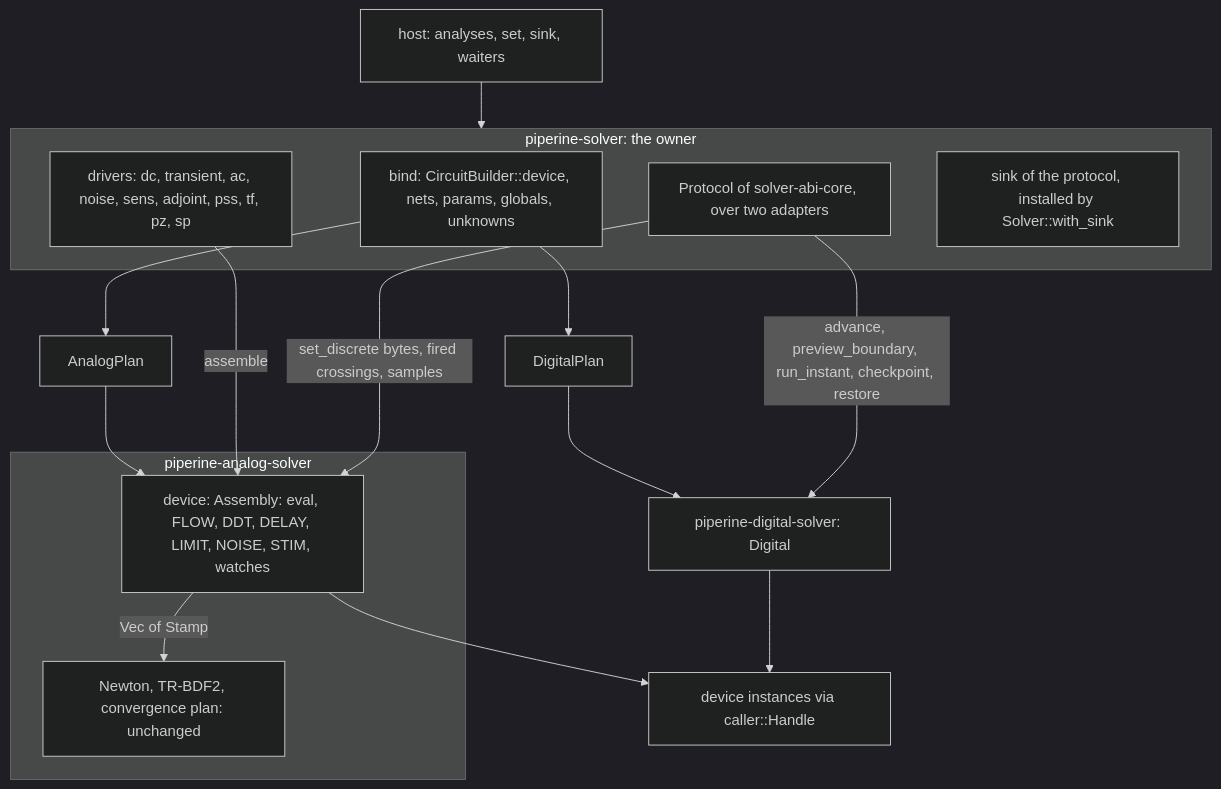
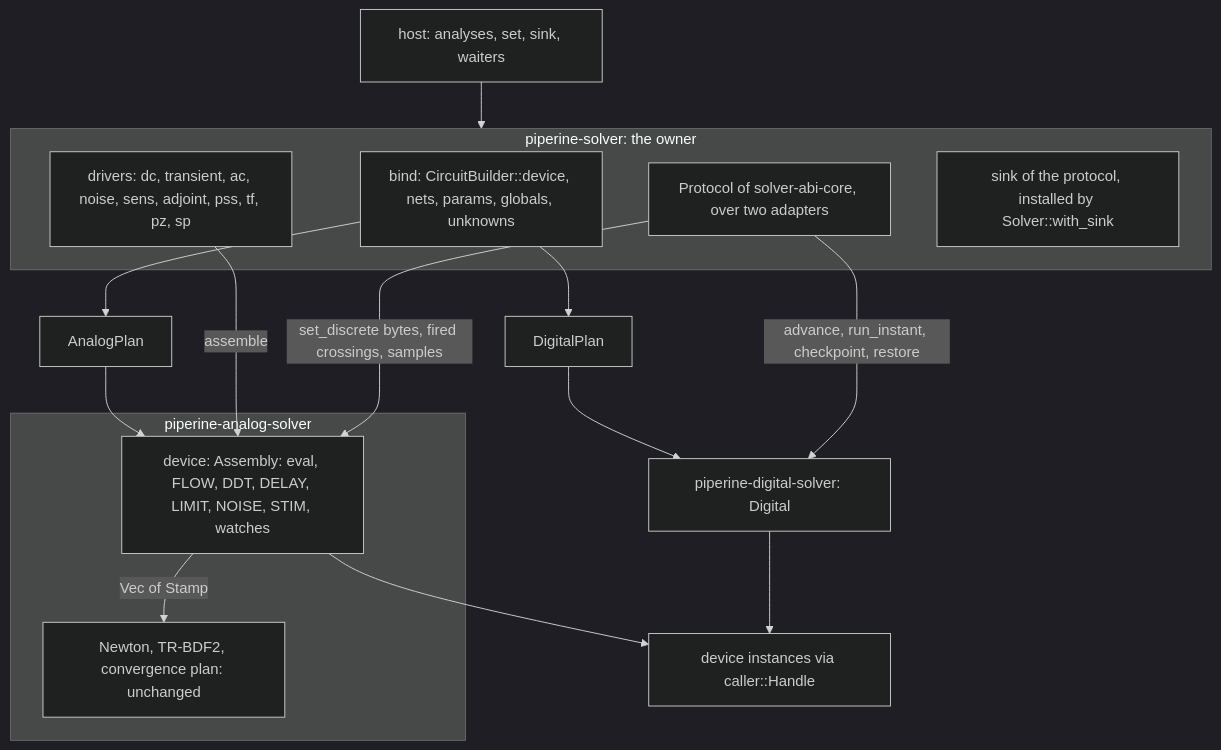
One commit to vkeslarek/piperine changed the first of 2 diagrams in .specs/features/solver-abi-integration/design.md. Above: the diagram before and after it, drawn with Mermaid (dark theme). The commit also changed other lines of this file and 1 other file, not shown here.

First line of the commit message:
docs(specs): rewrite the boundary-preview text of solver-abi-integration

````diff
--- a/.specs/features/solver-abi-integration/design.md
+++ b/.specs/features/solver-abi-integration/design.md
@@ -13,23 +13,23 @@
 ```mermaid
 flowchart TD
     Host[host: analyses, set, sink, waiters] --> Own
     subgraph Own[piperine-solver: the owner]
         Bind[bind: CircuitBuilder::device, nets, params, globals, unknowns]
         Proto[Protocol of solver-abi-core, over two adapters]
         Drv[drivers: dc, transient, ac, noise, sens, adjoint, pss, tf, pz, sp]
         Sink[sink of the protocol, installed by Solver::with_sink]
     end
     Bind --> AP[AnalogPlan] --> Asm
     Bind --> DP[DigitalPlan] --> Dig
     subgraph An[piperine-analog-solver]
         Asm[device: Assembly: eval, FLOW, DDT, DELAY, LIMIT, NOISE, STIM, watches]
         NR[Newton, TR-BDF2, convergence plan: unchanged]
     end
     Dig[piperine-digital-solver: Digital]
     Drv -->|assemble| Asm
     Asm -->|Vec of Stamp| NR
-    Proto -->|advance, preview_boundary, run_instant, checkpoint, restore| Dig
+    Proto -->|advance, run_instant, checkpoint, restore| Dig
     Proto -->|set_discrete bytes, fired crossings, samples| Asm
     Asm --> Dev[device instances via caller::Handle]
     Dig --> Dev
 ```
````
